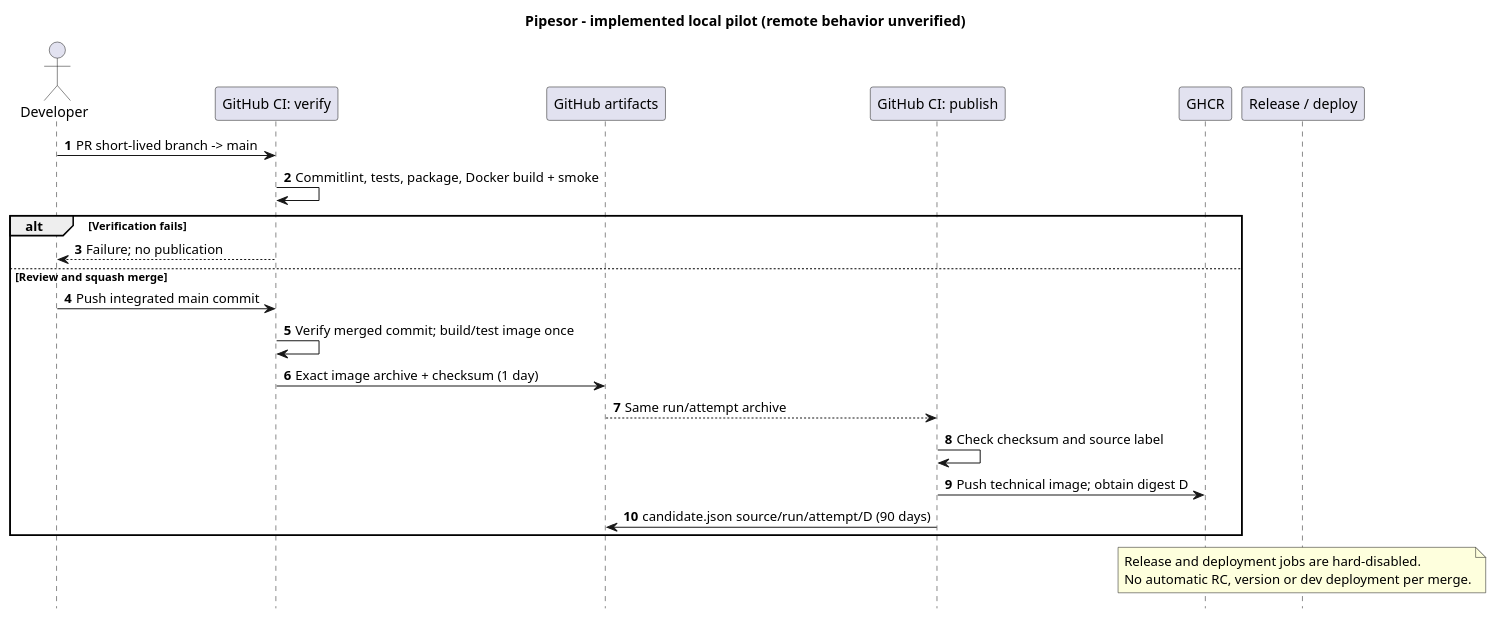
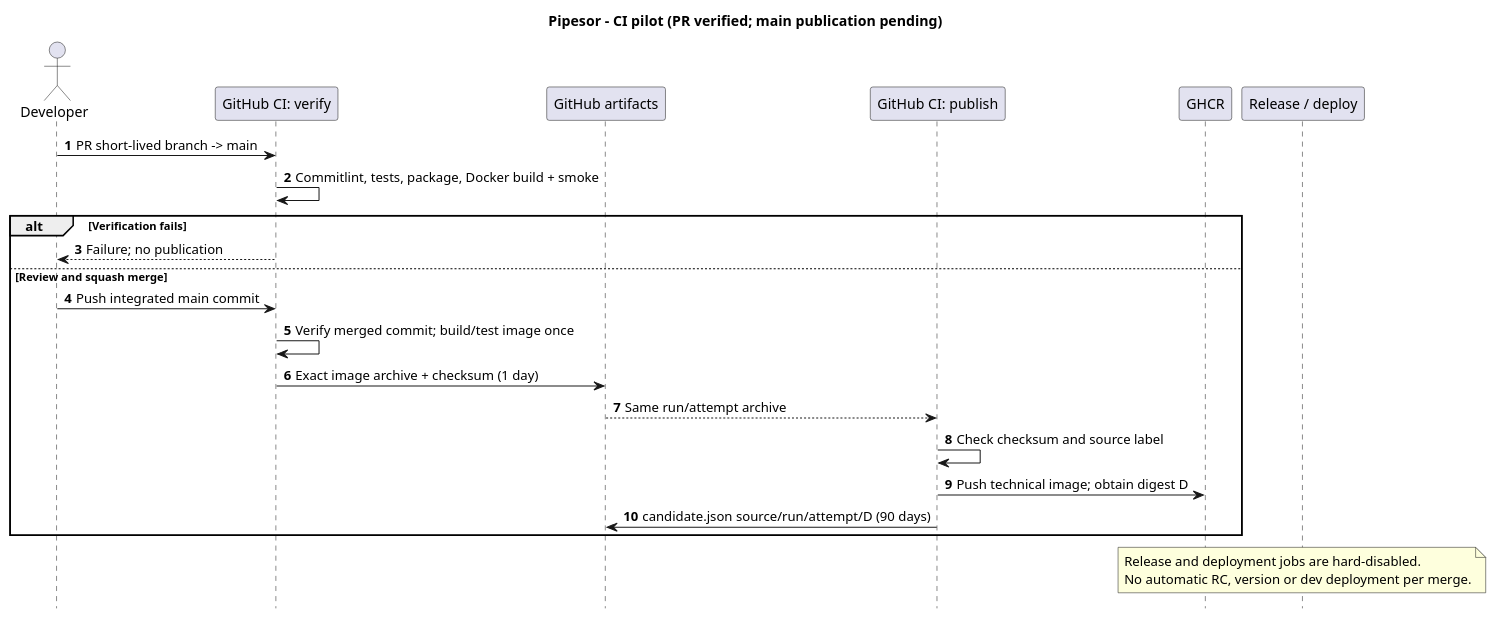
Before and after one commit to pipesor-org/pipesor-docs: the first of 3 diagrams in docs/development/cicd.md, drawn with PlantUML. The commit also changed other lines of this file and 1 other file, not shown here.

First line of the commit message:
docs(ci): record hosted pilot verification evidence

````diff
--- a/docs/development/cicd.md
+++ b/docs/development/cicd.md
@@ -74,30 +80,30 @@
 ```puml
 @startuml Pipesor_CI_Pilot
-title Pipesor - implemented local pilot (remote behavior unverified)
+title Pipesor - CI pilot (PR verified; main publication pending)
 autonumber
 hide footbox
 actor Developer as dev
 participant "GitHub CI: verify" as ci
 participant "GitHub artifacts" as artifacts
 participant "GitHub CI: publish" as publish
 participant GHCR as registry
 participant "Release / deploy" as delivery
 dev -> ci : PR short-lived branch -> main
 ci -> ci : Commitlint, tests, package, Docker build + smoke
 alt Verification fails
   ci --> dev : Failure; no publication
 else Review and squash merge
   dev -> ci : Push integrated main commit
   ci -> ci : Verify merged commit; build/test image once
   ci -> artifacts : Exact image archive + checksum (1 day)
   artifacts --> publish : Same run/attempt archive
   publish -> publish : Check checksum and source label
   publish -> registry : Push technical image; obtain digest D
   publish -> artifacts : candidate.json source/run/attempt/D (90 days)
 end
 note over delivery
 Release and deployment jobs are hard-disabled.
 No automatic RC, version or dev deployment per merge.
 end note
 @enduml
 ```
````
